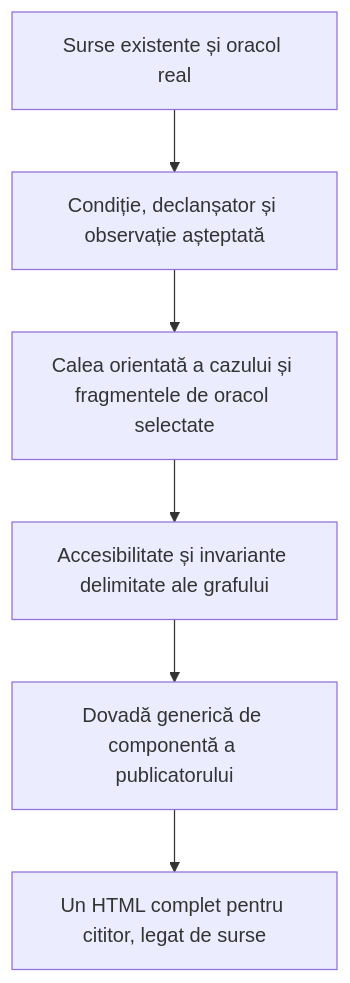
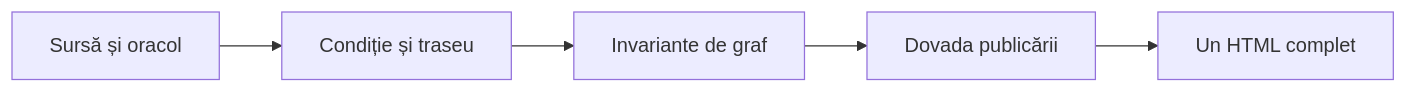
One commit to crististefanita/ATF_AI changed the diagram in docs/feedback/Behavior_And_Negative_Cases.md. Above: the diagram before and after it, drawn with Mermaid. The commit also changed other lines of this file and 111 other files, not shown here.

````diff
--- a/docs/feedback/Behavior_And_Negative_Cases.md
+++ b/docs/feedback/Behavior_And_Negative_Cases.md
@@ -17,8 +17,7 @@
 ```mermaid
-flowchart TB
-    Source["Surse existente și oracol real"] --> Case["Condiție, declanșator și observație așteptată"]
-    Case --> Walk["Calea orientată a cazului și fragmentele de oracol selectate"]
-    Walk --> Guard["Accesibilitate și invariante delimitate ale grafului"]
-    Guard --> Component["Dovadă generică de componentă a publicatorului"]
-    Component --> Reader["Un HTML complet pentru cititor, legat de surse"]
+flowchart LR
+    Source["Sursă și oracol"] --> Case["Condiție și traseu"]
+    Case --> Guard["Invariante de graf"]
+    Guard --> Component["Dovada publicării"]
+    Component --> Reader["Un HTML complet"]
 ```
````
